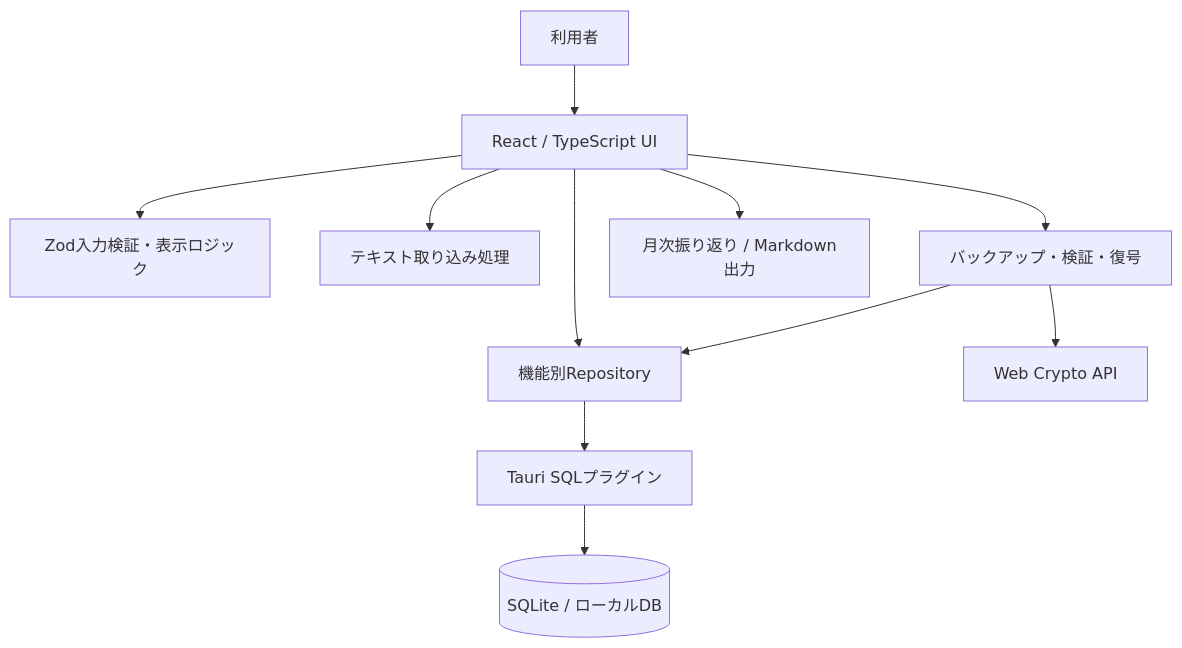
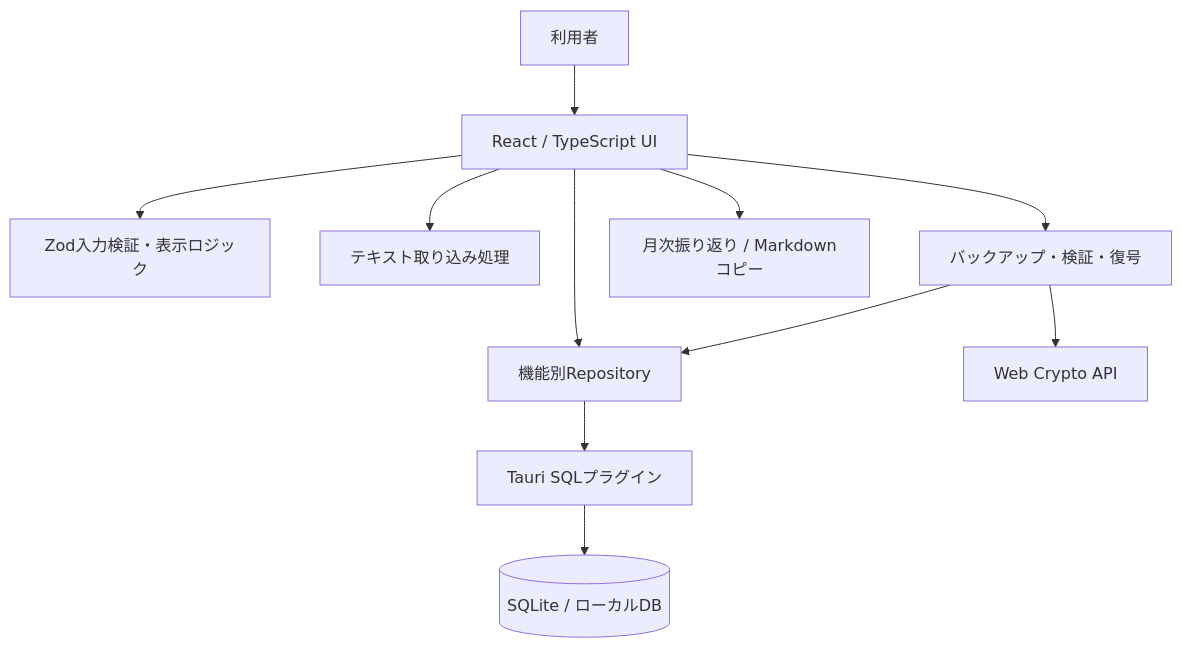
The diagram in docs/architecture.md (tominaga-r/work-knowledge-journal), drawn with Mermaid before and after one commit. The commit also changed other lines of this file and 17 other files, not shown here.

````diff
--- a/docs/architecture.md
+++ b/docs/architecture.md
@@ -9,13 +9,13 @@
 ```mermaid
 flowchart TD
     U[利用者] --> UI[React / TypeScript UI]
     UI --> VALID[Zod入力検証・表示ロジック]
     UI --> REPO[機能別Repository]
     REPO --> SQL[Tauri SQLプラグイン]
     SQL --> DB[(SQLite / ローカルDB)]
     UI --> IMPORT[テキスト取り込み処理]
     UI --> BACKUP[バックアップ・検証・復号]
     BACKUP --> REPO
     BACKUP --> CRYPTO[Web Crypto API]
-    UI --> REVIEW[月次振り返り / Markdown出力]
+    UI --> REVIEW[月次振り返り / Markdownコピー]
 ```
````
